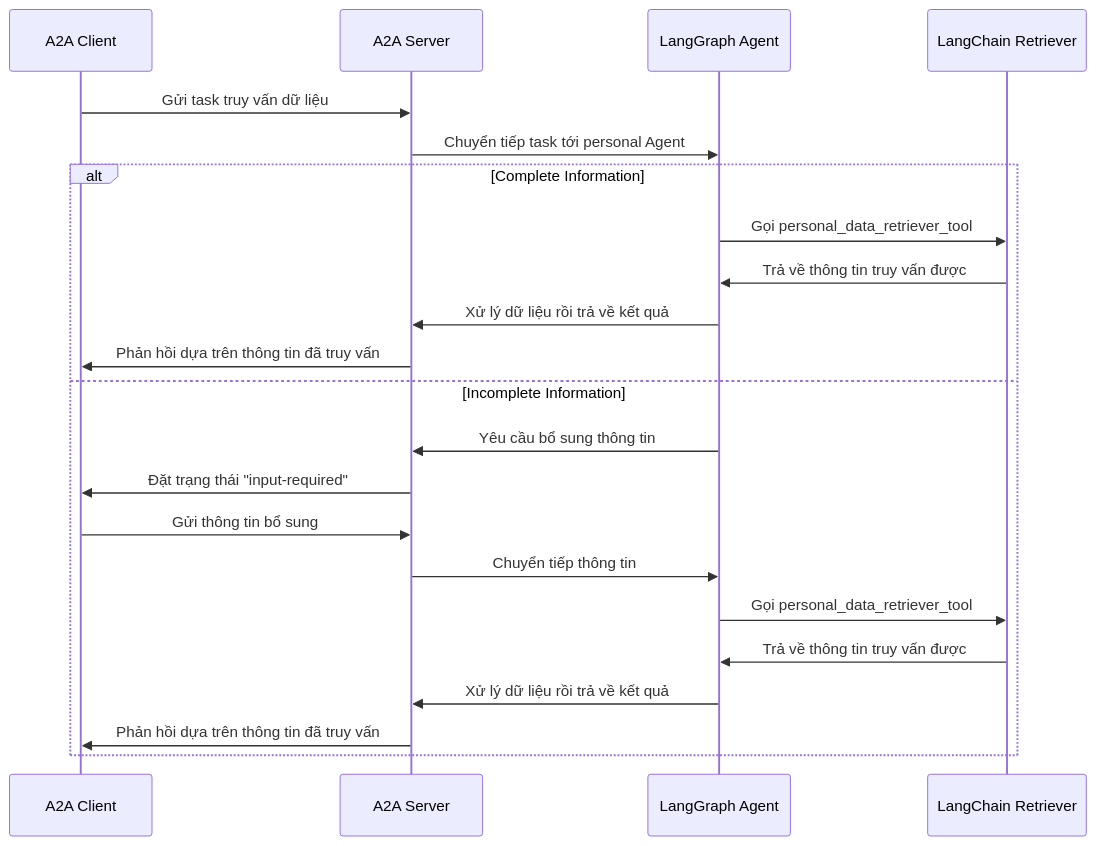
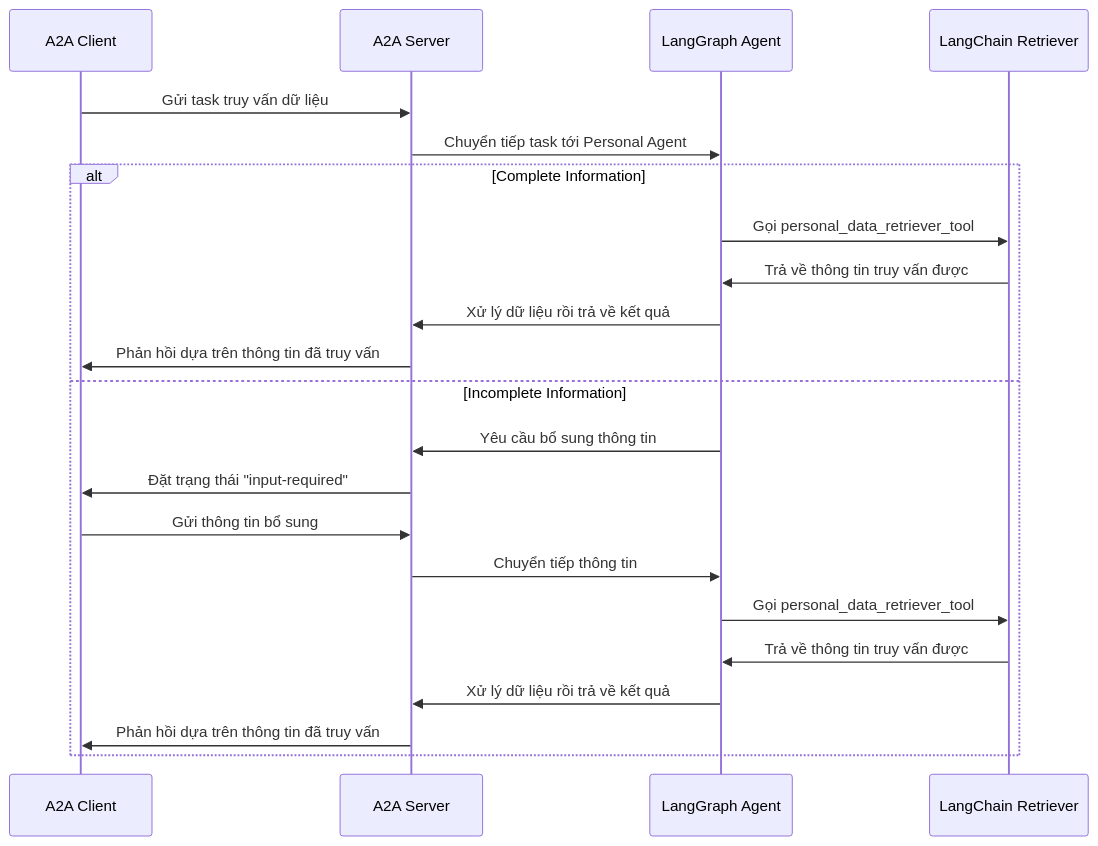
The diagram in agents/README.md (HuNguyen51/AI-agent-for-medical), drawn with Mermaid before and after one commit.

Commit message:
update: README

````diff
--- a/agents/README.md
+++ b/agents/README.md
@@ -11,26 +11,26 @@
 ```mermaid
 sequenceDiagram
     participant Client as A2A Client
     participant Server as A2A Server
     participant Agent as LangGraph Agent
     participant Retriever as LangChain Retriever
 
     Client->>Server: Gửi task truy vấn dữ liệu
-    Server->>Agent:  Chuyển tiếp task tới personal Agent
+    Server->>Agent:  Chuyển tiếp task tới Personal Agent
 
     alt Complete Information
         Agent->>Retriever: Gọi personal_data_retriever_tool
         Retriever->>Agent: Trả về thông tin truy vấn được
         Agent->>Server: Xử lý dữ liệu rồi trả về kết quả
         Server->>Client: Phản hồi dựa trên thông tin đã truy vấn
     else Incomplete Information
         Agent->>Server: Yêu cầu bổ sung thông tin
         Server->>Client: Đặt trạng thái "input-required"
         Client->>Server: Gửi thông tin bổ sung
         Server->>Agent: Chuyển tiếp thông tin
         Agent->>Retriever: Gọi personal_data_retriever_tool
         Retriever->>Agent: Trả về thông tin truy vấn được
         Agent->>Server: Xử lý dữ liệu rồi trả về kết quả
         Server->>Client: Phản hồi dựa trên thông tin đã truy vấn
     end
 ```
````
